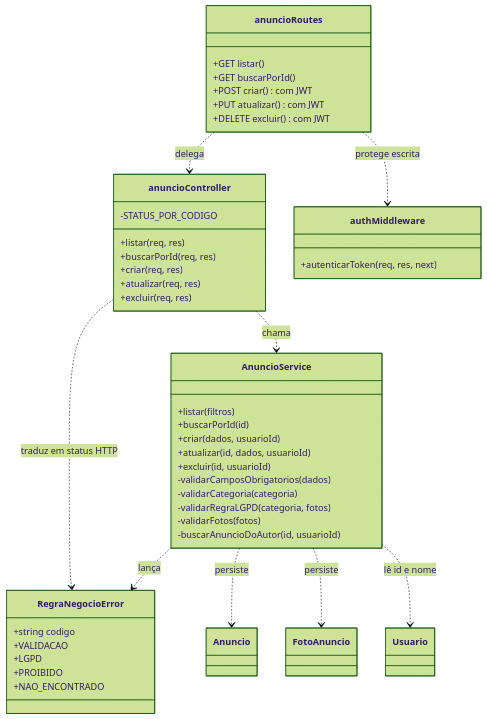
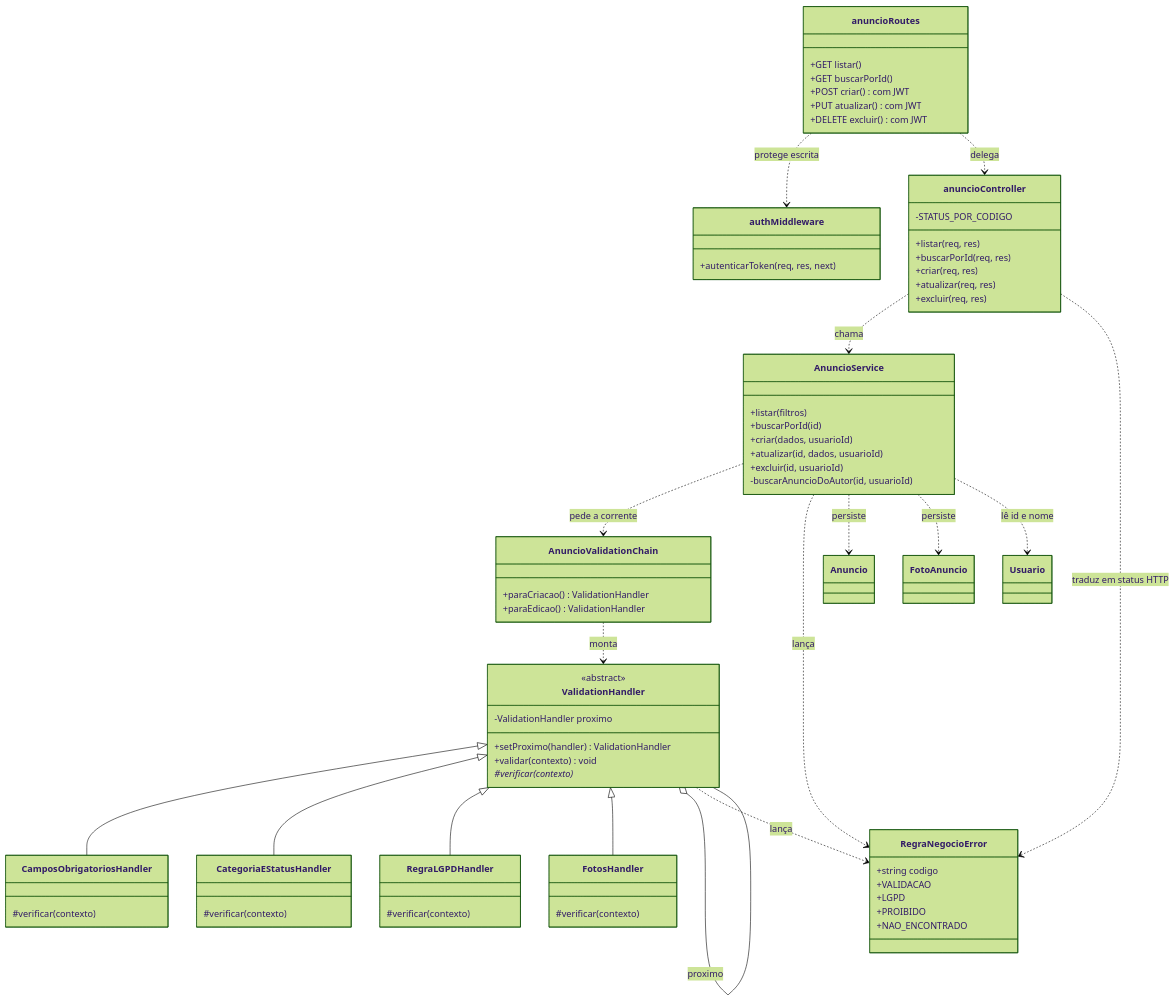
The sixth of 6 diagrams in docs/modelagem/modelagem.md (Matheus-Castro-Paula/Radar-UFLA), drawn with Mermaid (forest theme) before and after one commit. The commit also changed other lines of this file and 4 other files, not shown here.

````diff
--- a/docs/modelagem/modelagem.md
+++ b/docs/modelagem/modelagem.md
@@ -314,49 +314,76 @@
 ```mermaid
 classDiagram
     class anuncioRoutes {
         +GET listar()
         +GET buscarPorId()
         +POST criar() com JWT
         +PUT atualizar() com JWT
         +DELETE excluir() com JWT
     }
     class anuncioController {
         -STATUS_POR_CODIGO
         +listar(req, res)
         +buscarPorId(req, res)
         +criar(req, res)
         +atualizar(req, res)
         +excluir(req, res)
     }
     class AnuncioService {
         +listar(filtros)
         +buscarPorId(id)
         +criar(dados, usuarioId)
         +atualizar(id, dados, usuarioId)
         +excluir(id, usuarioId)
-        -validarCamposObrigatorios(dados)
-        -validarCategoria(categoria)
-        -validarRegraLGPD(categoria, fotos)
-        -validarFotos(fotos)
         -buscarAnuncioDoAutor(id, usuarioId)
+    }
+    class AnuncioValidationChain {
+        +paraCriacao() ValidationHandler
+        +paraEdicao() ValidationHandler
+    }
+    class ValidationHandler {
+        <<abstract>>
+        -ValidationHandler proximo
+        +setProximo(handler) ValidationHandler
+        +validar(contexto) void
+        #verificar(contexto)*
+    }
+    class CamposObrigatoriosHandler {
+        #verificar(contexto)
+    }
+    class CategoriaEStatusHandler {
+        #verificar(contexto)
+    }
+    class RegraLGPDHandler {
+        #verificar(contexto)
+    }
+    class FotosHandler {
+        #verificar(contexto)
     }
     class RegraNegocioError {
         +string codigo
         +VALIDACAO
         +LGPD
         +PROIBIDO
         +NAO_ENCONTRADO
     }
     class authMiddleware {
         +autenticarToken(req, res, next)
     }
 
     anuncioRoutes ..> authMiddleware : protege escrita
     anuncioRoutes ..> anuncioController : delega
     anuncioController ..> AnuncioService : chama
     anuncioController ..> RegraNegocioError : traduz em status HTTP
+    AnuncioService ..> AnuncioValidationChain : pede a corrente
+    AnuncioValidationChain ..> ValidationHandler : monta
+    ValidationHandler <|-- CamposObrigatoriosHandler
+    ValidationHandler <|-- CategoriaEStatusHandler
+    ValidationHandler <|-- RegraLGPDHandler
+    ValidationHandler <|-- FotosHandler
+    ValidationHandler o-- ValidationHandler : proximo
+    ValidationHandler ..> RegraNegocioError : lança
     AnuncioService ..> RegraNegocioError : lança
     AnuncioService ..> Anuncio : persiste
     AnuncioService ..> FotoAnuncio : persiste
     AnuncioService ..> Usuario : lê id e nome
 ```
````
